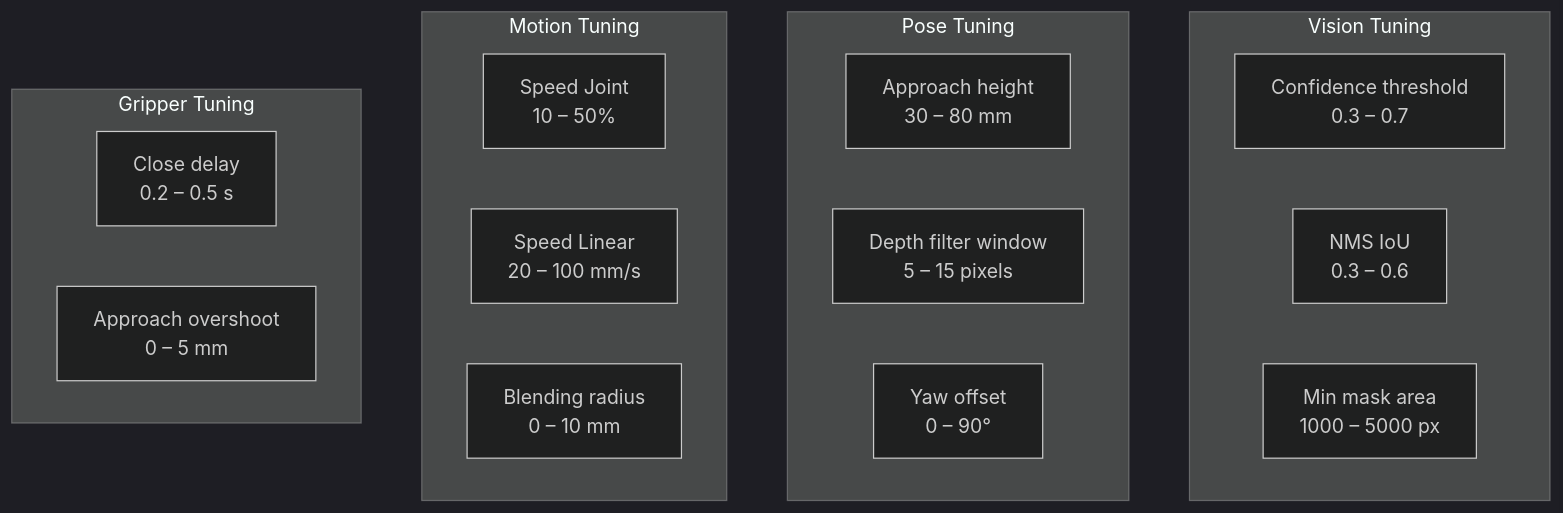
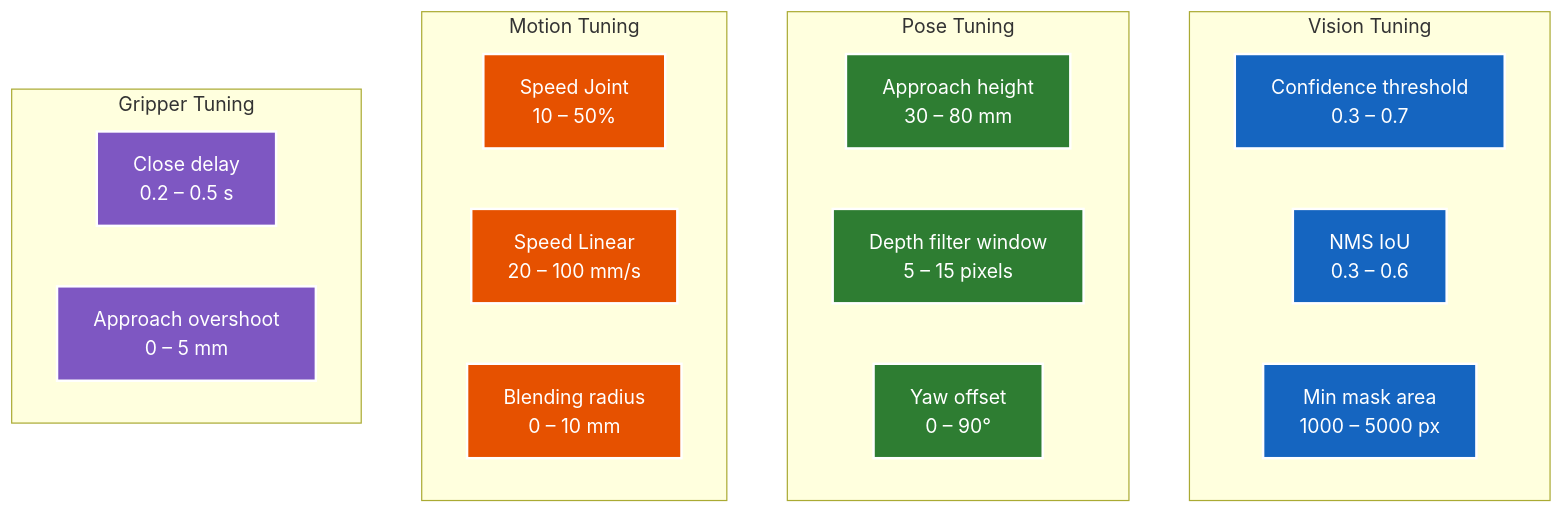
Diagram 12 of 14 in docs/phat_bieu_bai_toan_v3_2_HD.md (manhhv87/DTwinGP7), drawn with Mermaid before and after one commit. The commit also changed other lines of this file and 54 other files, not shown here.

````diff
--- a/docs/phat_bieu_bai_toan_v3_2_HD.md
+++ b/docs/phat_bieu_bai_toan_v3_2_HD.md
@@ -798,26 +1252,34 @@
 ```mermaid
-%%{init: {'theme':'dark'}}%%
 graph TB
-    subgraph "Vision Tuning"
+    subgraph Vision["Vision Tuning"]
         V1[Confidence threshold<br/>0.3 – 0.7]
         V2[NMS IoU<br/>0.3 – 0.6]
         V3[Min mask area<br/>1000 – 5000 px]
     end
-    
-    subgraph "Pose Tuning"
+
+    subgraph Pose["Pose Tuning"]
         P1[Approach height<br/>30 – 80 mm]
         P2[Depth filter window<br/>5 – 15 pixels]
         P3[Yaw offset<br/>0 – 90°]
     end
-    
-    subgraph "Motion Tuning"
+
+    subgraph Motion["Motion Tuning"]
         M1[Speed Joint<br/>10 – 50%]
         M2[Speed Linear<br/>20 – 100 mm/s]
         M3[Blending radius<br/>0 – 10 mm]
     end
-    
-    subgraph "Gripper Tuning"
+
+    subgraph Gripper["Gripper Tuning"]
         G1[Close delay<br/>0.2 – 0.5 s]
         G2[Approach overshoot<br/>0 – 5 mm]
     end
+
+    classDef vision fill:#1565C0,stroke:#fff,stroke-width:2px,color:#fff
+    classDef pose fill:#2E7D32,stroke:#fff,stroke-width:2px,color:#fff
+    classDef motion fill:#E65100,stroke:#fff,stroke-width:2px,color:#fff
+    classDef gripper fill:#7E57C2,stroke:#fff,stroke-width:2px,color:#fff
+    class V1,V2,V3 vision
+    class P1,P2,P3 pose
+    class M1,M2,M3 motion
+    class G1,G2 gripper
 ```
````
